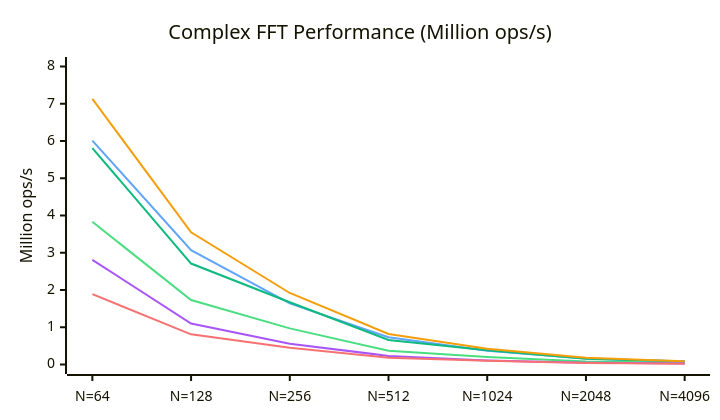
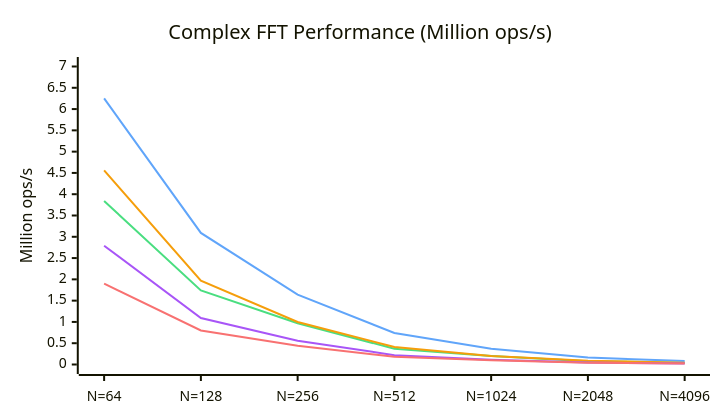
Before and after one commit to EmNudge/wat-fft: the first of 2 diagrams in README.md, drawn with Mermaid. The commit also changed other lines of this file and 7 other files, not shown here.

````diff
--- a/README.md
+++ b/README.md
@@ -18,21 +21,20 @@
 ```mermaid
 ---
 config:
     xyChart:
         width: 700
         height: 400
     themeVariables:
         xyChart:
-            plotColorPalette: "#4ade80, #60a5fa, #10b981, #f59e0b, #a855f7, #f87171"
+            plotColorPalette: "#4ade80, #60a5fa, #f59e0b, #a855f7, #f87171"
 ---
 xychart-beta
     title "Complex FFT Performance (Million ops/s)"
     x-axis [N=64, N=128, N=256, N=512, N=1024, N=2048, N=4096]
-    y-axis "Million ops/s" 0 --> 8
-    line [3.83, 1.73, 0.97, 0.37, 0.20, 0.080, 0.044]
-    line [6.01, 3.07, 1.64, 0.73, 0.37, 0.163, 0.081]
-    line [5.81, 2.71, 1.67, 0.66, 0.38, 0.151, 0.084]
-    line [7.13, 3.55, 1.92, 0.82, 0.42, 0.180, 0.089]
-    line [2.81, 1.10, 0.56, 0.23, 0.11, 0.047, 0.024]
-    line [1.89, 0.81, 0.45, 0.18, 0.10, 0.041, 0.022]
+    y-axis "Million ops/s" 0 --> 7
+    line [3.84, 1.74, 0.97, 0.37, 0.20, 0.079, 0.044]
+    line [6.25, 3.09, 1.64, 0.74, 0.37, 0.163, 0.081]
+    line [4.56, 1.97, 1.00, 0.41, 0.20, 0.087, 0.042]
+    line [2.79, 1.09, 0.56, 0.22, 0.11, 0.047, 0.024]
+    line [1.90, 0.80, 0.44, 0.18, 0.10, 0.041, 0.022]
 ```
````
